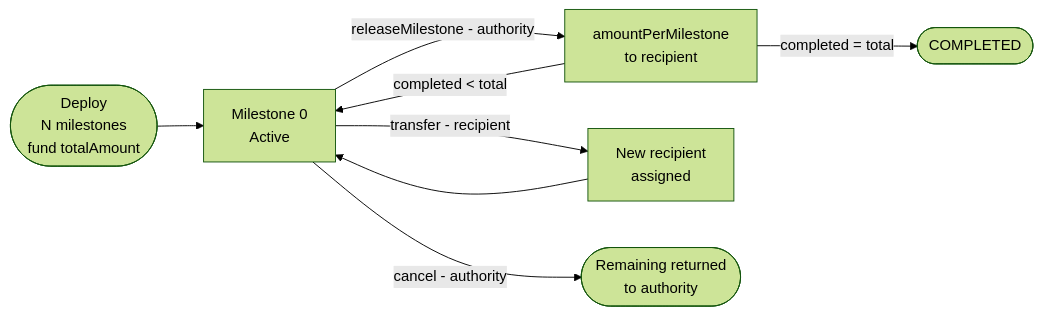
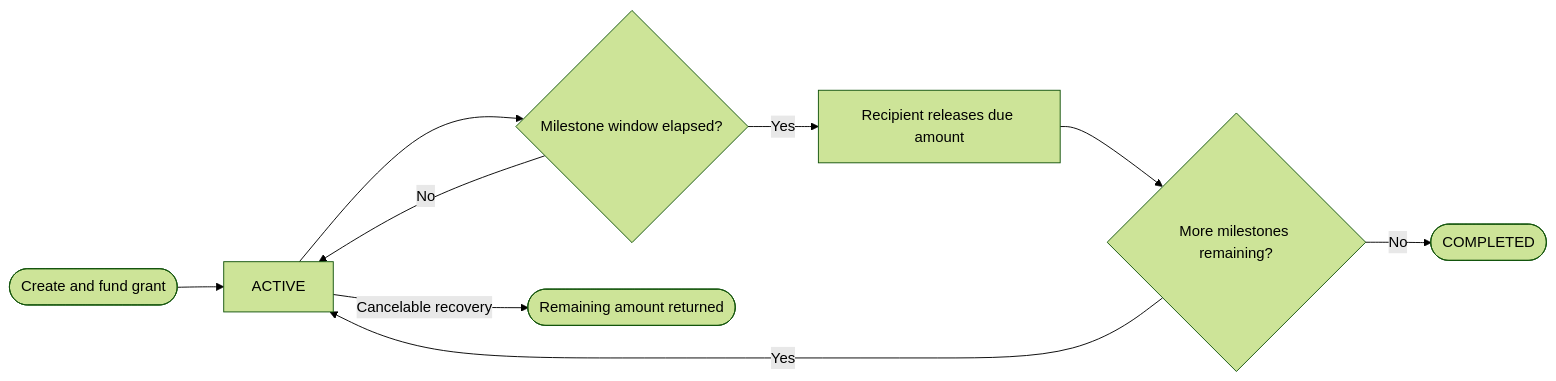
Before and after one commit to flowguardlabs/flow-guard: the diagram in docs/concepts/grants.mdx, drawn with Mermaid (forest theme). The commit also changed other lines of this file and 44 other files, not shown here.

````diff
--- a/docs/concepts/grants.mdx
+++ b/docs/concepts/grants.mdx
@@ -17,10 +21,11 @@
 ```mermaid
 flowchart LR
-    A([Deploy\nN milestones\nfund totalAmount]) --> B[Milestone 0\nActive]
-    B  -->|releaseMilestone - authority| C[amountPerMilestone\nto recipient]
-    C  -->|completed < total| B
-    C  -->|completed = total| D([COMPLETED])
-    B  -->|transfer - recipient| E[New recipient\nassigned]
-    E --> B
-    B  -->|cancel - authority| F([Remaining returned\nto authority])
+    A([Create and fund grant]) --> B[ACTIVE]
+    B --> C{Milestone window elapsed?}
+    C -->|No| B
+    C -->|Yes| D[Recipient releases due amount]
+    D --> E{More milestones remaining?}
+    E -->|Yes| B
+    E -->|No| F([COMPLETED])
+    B -->|Cancelable recovery| G([Remaining amount returned])
 ```
````
